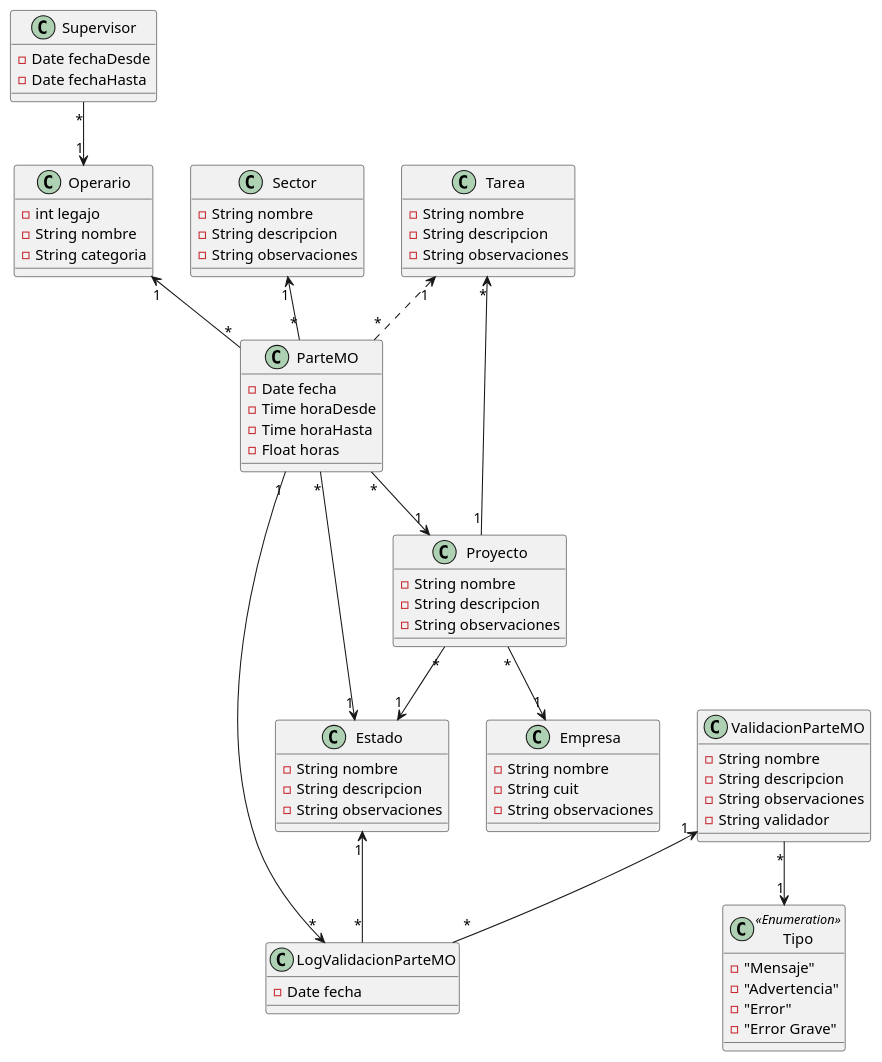
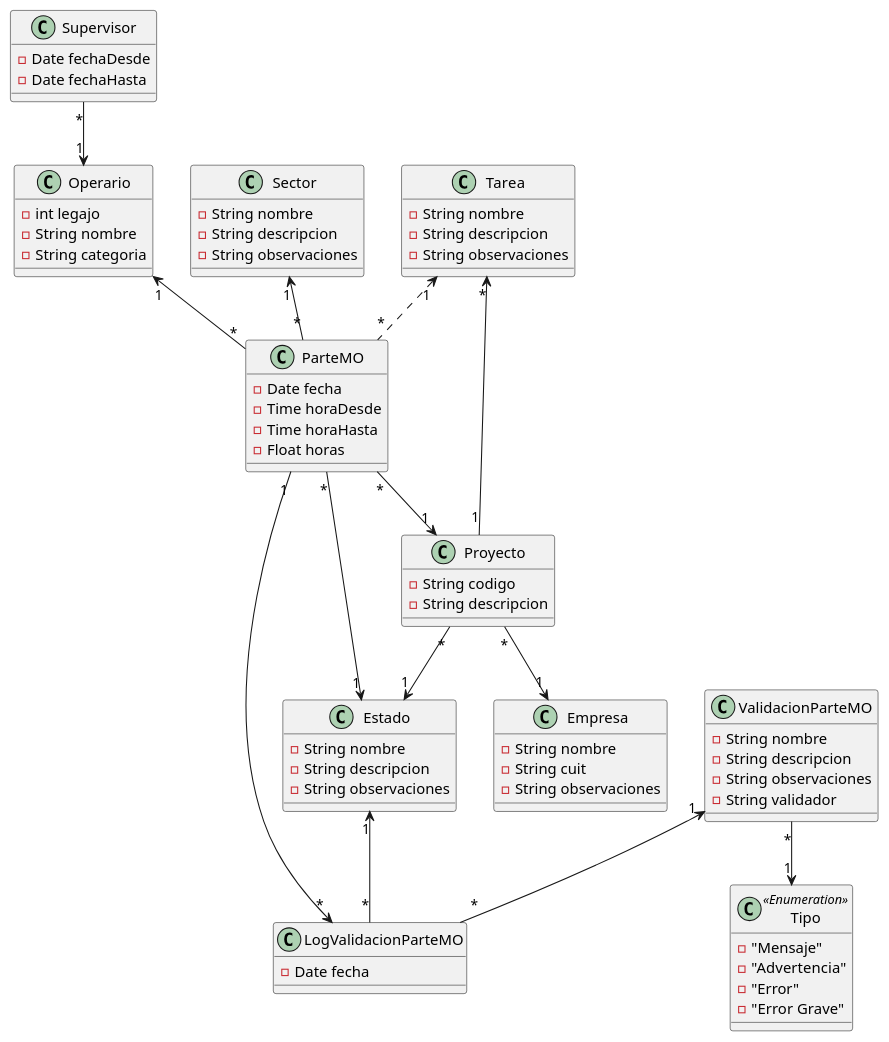
One commit to bristalandres/partesmo changed the diagram in diagrama.pu. Above: the diagram before and after it, drawn with PlantUML.

Commit message:
Replace diagrama.pu

```diff
--- a/diagrama.pu
+++ b/diagrama.pu
@@ -1,71 +1,70 @@
 @startuml
 Supervisor "*"--> "1" Operario
 Sector "1" <--"*" ParteMO
 Operario "1" <--"*" ParteMO
 Tarea "1" <.. "*" ParteMO
 ParteMO "*" --> "1" Estado
 ParteMO "*" --> "1" Proyecto
 Tarea "*" <-- "1" Proyecto
 Proyecto "*" --> "1" Estado
 Proyecto "*"--> "1" Empresa
 ParteMO "1" --> "*" LogValidacionParteMO
 Estado "1" <-- "*" LogValidacionParteMO
 ValidacionParteMO "1" <-- "*" LogValidacionParteMO
 ValidacionParteMO "*" --> "1" Tipo
 
 class Supervisor{
   -Date fechaDesde
   -Date fechaHasta
 }
 class Operario{
   -int legajo
   -String nombre
   -String categoria
 }
 class Sector{
   -String nombre
   -String descripcion
   -String observaciones
 }
 class Tarea{
   -String nombre
   -String descripcion
   -String observaciones
 }
 class ParteMO{
   -Date fecha
   -Time horaDesde
   -Time horaHasta
   -Float horas
 }
 class Proyecto{
-  -String nombre
+  -String codigo
   -String descripcion
-  -String observaciones
 }
 class Empresa{
   -String nombre
   -String cuit
   -String observaciones
 }
 class Estado{
   -String nombre
   -String descripcion
   -String observaciones
 }
 class LogValidacionParteMO{
   -Date fecha
 }
 class ValidacionParteMO{
   -String nombre
   -String descripcion
   -String observaciones
   -String validador
 }
 class Tipo<<Enumeration>>{
   -"Mensaje"
   -"Advertencia"
   -"Error"
   -"Error Grave"
 }
 @enduml
```
